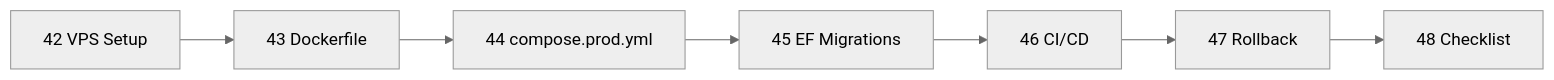
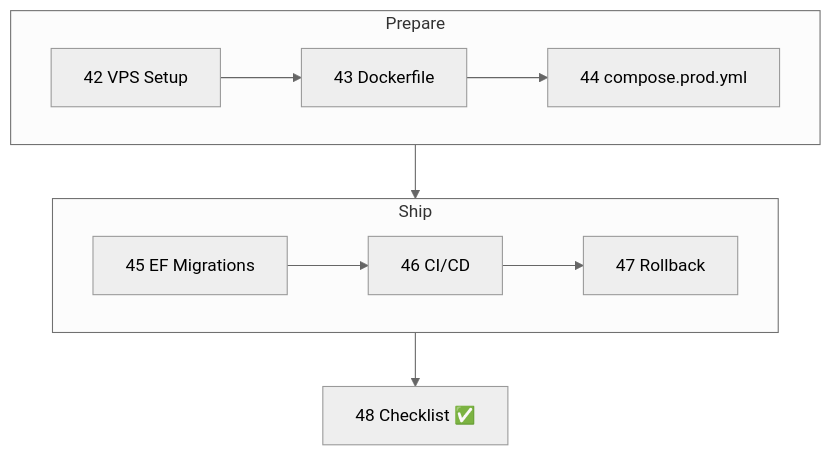
One commit to wesamkhateeb98-creator/docker-zero-to-production changed the diagram in docs/09-dotnet-vps/README.md. Above: the diagram before and after it, drawn with Mermaid (neutral theme). The commit also changed 4 other files, not shown here.

First line of the commit message:
Fix README layout: readable diagrams and collapsible doc index

````diff
--- a/docs/09-dotnet-vps/README.md
+++ b/docs/09-dotnet-vps/README.md
@@ -5,5 +5,12 @@
 ```mermaid
-flowchart LR
-    A["42 VPS Setup"] --> B["43 Dockerfile"] --> C["44 compose.prod.yml"]
-    C --> D["45 EF Migrations"] --> E["46 CI/CD"] --> F["47 Rollback"] --> G["48 Checklist"]
+flowchart TB
+    subgraph P1["Prepare"]
+        direction LR
+        A["42 VPS Setup"] --> B["43 Dockerfile"] --> C["44 compose.prod.yml"]
+    end
+    subgraph P2["Ship"]
+        direction LR
+        D["45 EF Migrations"] --> E["46 CI/CD"] --> F["47 Rollback"]
+    end
+    P1 --> P2 --> G["48 Checklist ✅"]
 ```
````
